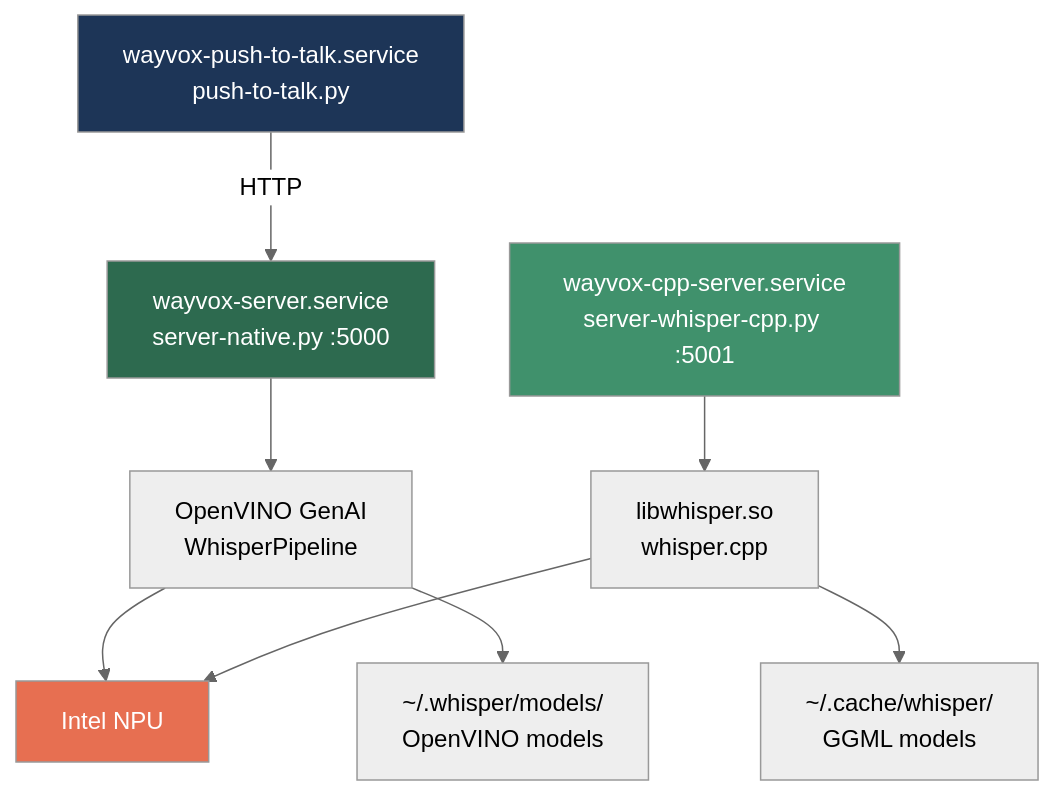
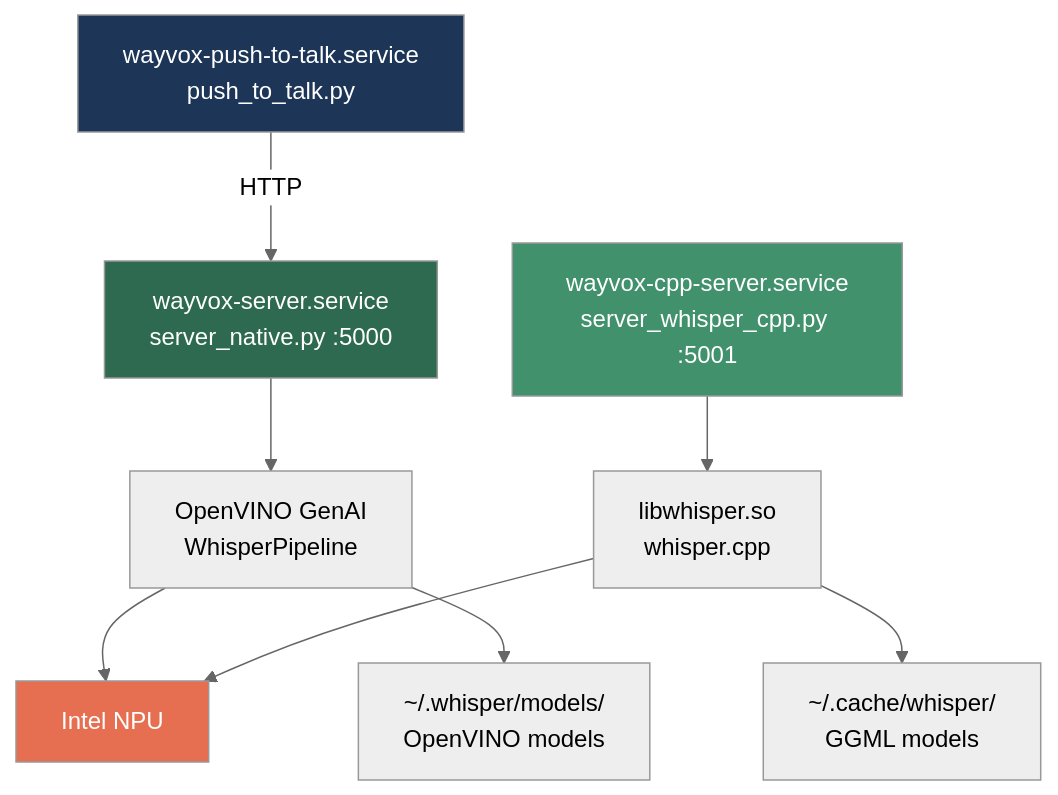
The diagram in docs/architecture.md (dmzoneill/wayvox), drawn with Mermaid (neutral theme) before and after one commit. The commit also changed other lines of this file and 55 other files, not shown here.

````diff
--- a/docs/architecture.md
+++ b/docs/architecture.md
@@ -7,24 +7,24 @@
 ```mermaid
 graph TB
-    PTT[wayvox-push-to-talk.service<br/>push-to-talk.py]
-    API[wayvox-server.service<br/>server-native.py :5000]
-    CPP[wayvox-cpp-server.service<br/>server-whisper-cpp.py :5001]
+    PTT[wayvox-push-to-talk.service<br/>push_to_talk.py]
+    API[wayvox-server.service<br/>server_native.py :5000]
+    CPP[wayvox-cpp-server.service<br/>server_whisper_cpp.py :5001]
     OV[OpenVINO GenAI<br/>WhisperPipeline]
     WC[libwhisper.so<br/>whisper.cpp]
     NPU[Intel NPU]
     MODELS[~/.whisper/models/<br/>OpenVINO models]
     GGML[~/.cache/whisper/<br/>GGML models]
 
     PTT -->|HTTP| API
     API --> OV
     CPP --> WC
     OV --> NPU
     WC --> NPU
     OV --> MODELS
     WC --> GGML
 
     style API fill:#2d6a4f,color:#fff
     style CPP fill:#40916c,color:#fff
     style PTT fill:#1d3557,color:#fff
     style NPU fill:#e76f51,color:#fff
 ```
````
